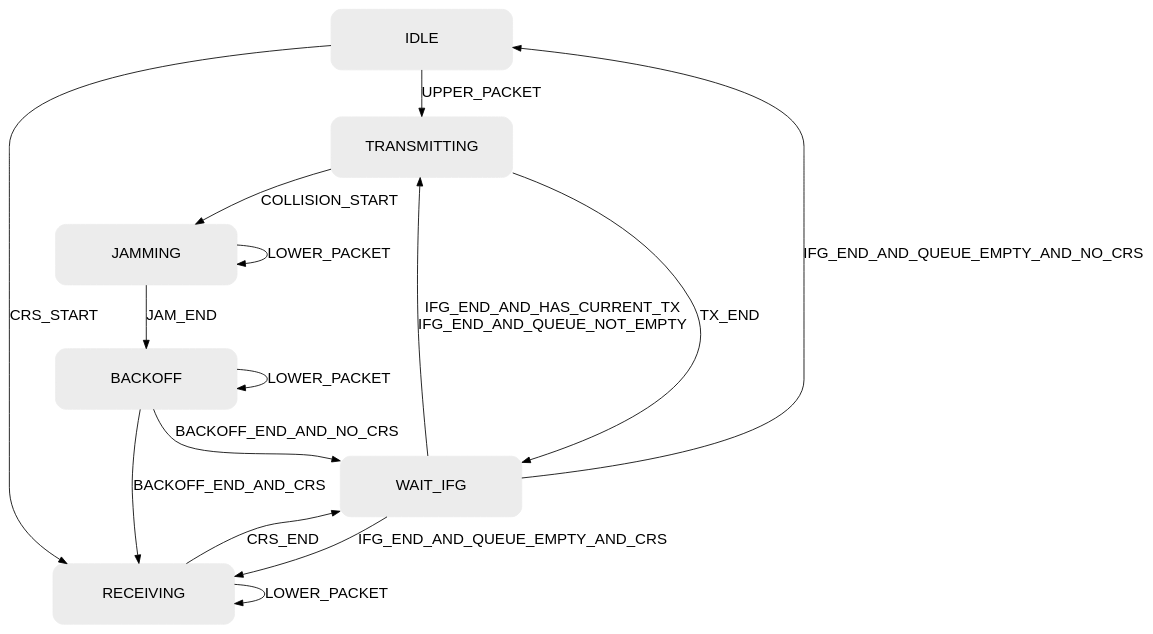
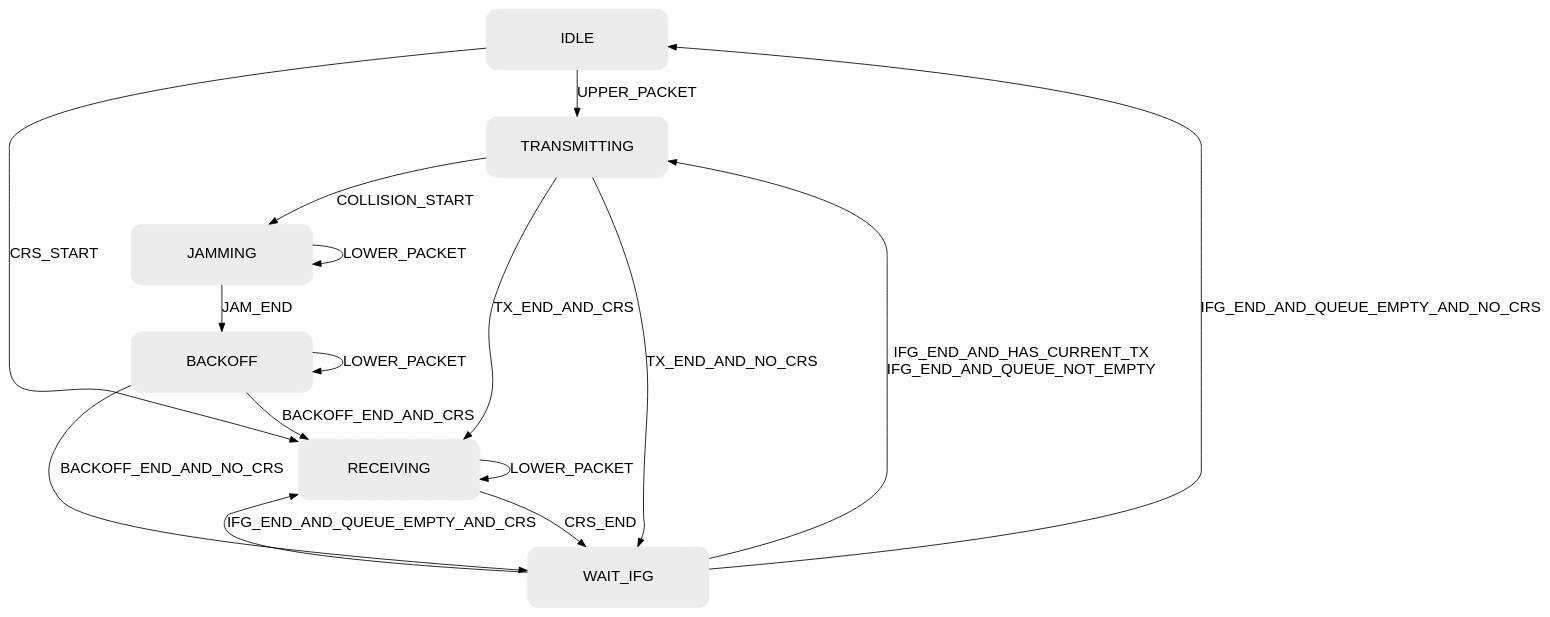
Before and after one commit to inet-framework/inet: the diagram in src/inet/linklayer/ethernet/basic/EthernetCsmaMac.dot, drawn with Graphviz. The commit also changed 2 other files, not shown here.

Commit message:
EthernetCsmaMac: Extended TX_END transition in TRANSMITTING state with separate CRS and !CRS cases.
The IFG period should not start if CRS is true. This is the case when PLCA is
used and the transmission is delayed by the HOLD state in PLCA. The MAC started
a new transmission while the PLCA was in DS_TRANSMIT state after an IFG period
even though the CRS was set to true by the PLCA.

```diff
--- a/src/inet/linklayer/ethernet/basic/EthernetCsmaMac.dot
+++ b/src/inet/linklayer/ethernet/basic/EthernetCsmaMac.dot
@@ -1,28 +1,29 @@
 digraph EthernetCsmaMac {
     nodesep = 0.5;
     ranksep = 0.5;
     node [shape=box, style="rounded,filled", color="#ECECEC", fontname="Arial", fontsize=18, margin=0.15, height=1, width=3];
     edge [fontname="Arial", fontsize=18];
 
     IDLE;
     TRANSMITTING;
     RECEIVING;
     WAIT_IFG;
     JAMMING;
     BACKOFF;
 
     IDLE -> TRANSMITTING [label="UPPER_PACKET"];
     IDLE -> RECEIVING [label="CRS_START"];
     WAIT_IFG -> TRANSMITTING [label="IFG_END_AND_HAS_CURRENT_TX\nIFG_END_AND_QUEUE_NOT_EMPTY"];
     WAIT_IFG -> RECEIVING [label="IFG_END_AND_QUEUE_EMPTY_AND_CRS"];
     WAIT_IFG -> IDLE [label="IFG_END_AND_QUEUE_EMPTY_AND_NO_CRS"];
-    TRANSMITTING -> WAIT_IFG [label="TX_END"];
+    TRANSMITTING -> WAIT_IFG [label="TX_END_AND_NO_CRS"];
+    TRANSMITTING -> RECEIVING [label="TX_END_AND_CRS"];
     TRANSMITTING -> JAMMING [label="COLLISION_START"];
     JAMMING -> BACKOFF [label="JAM_END"];
     JAMMING -> JAMMING [label="LOWER_PACKET"];
     BACKOFF -> WAIT_IFG [label="BACKOFF_END_AND_NO_CRS"];
     BACKOFF -> RECEIVING [label="BACKOFF_END_AND_CRS"];
     BACKOFF -> BACKOFF [label="LOWER_PACKET"];
     RECEIVING -> RECEIVING [label="LOWER_PACKET"];
     RECEIVING -> WAIT_IFG [label="CRS_END"];
 }
```
